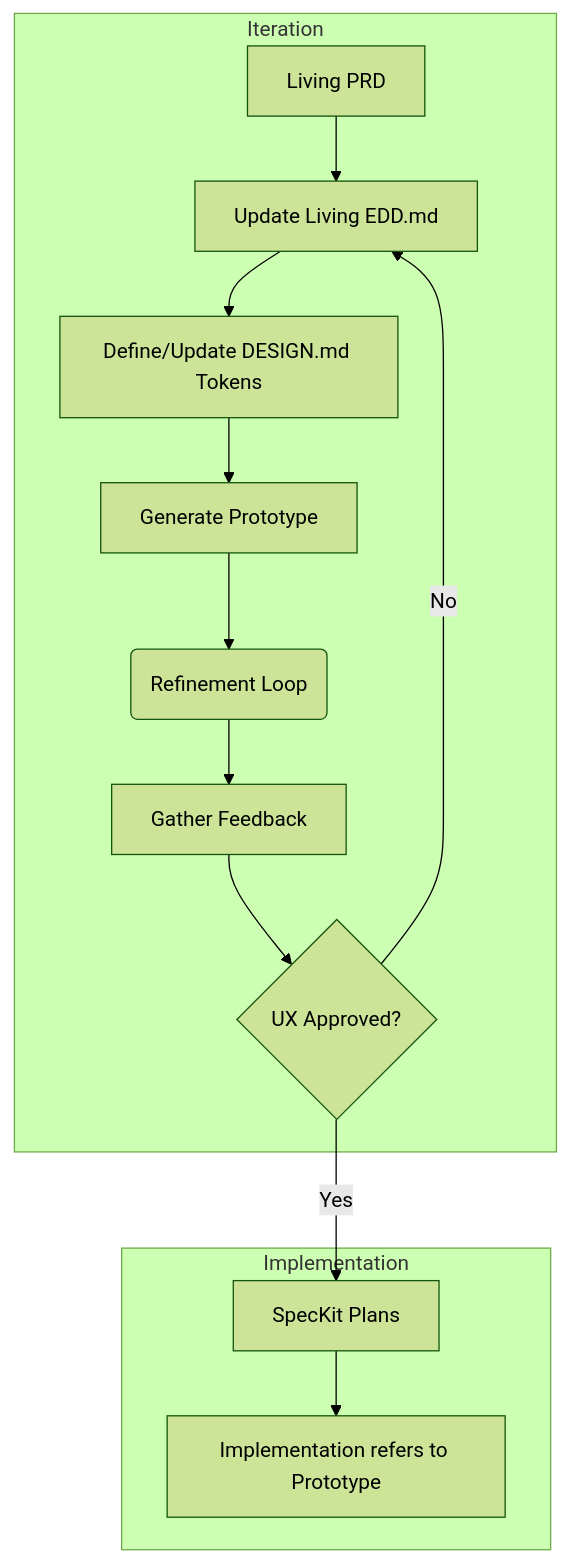
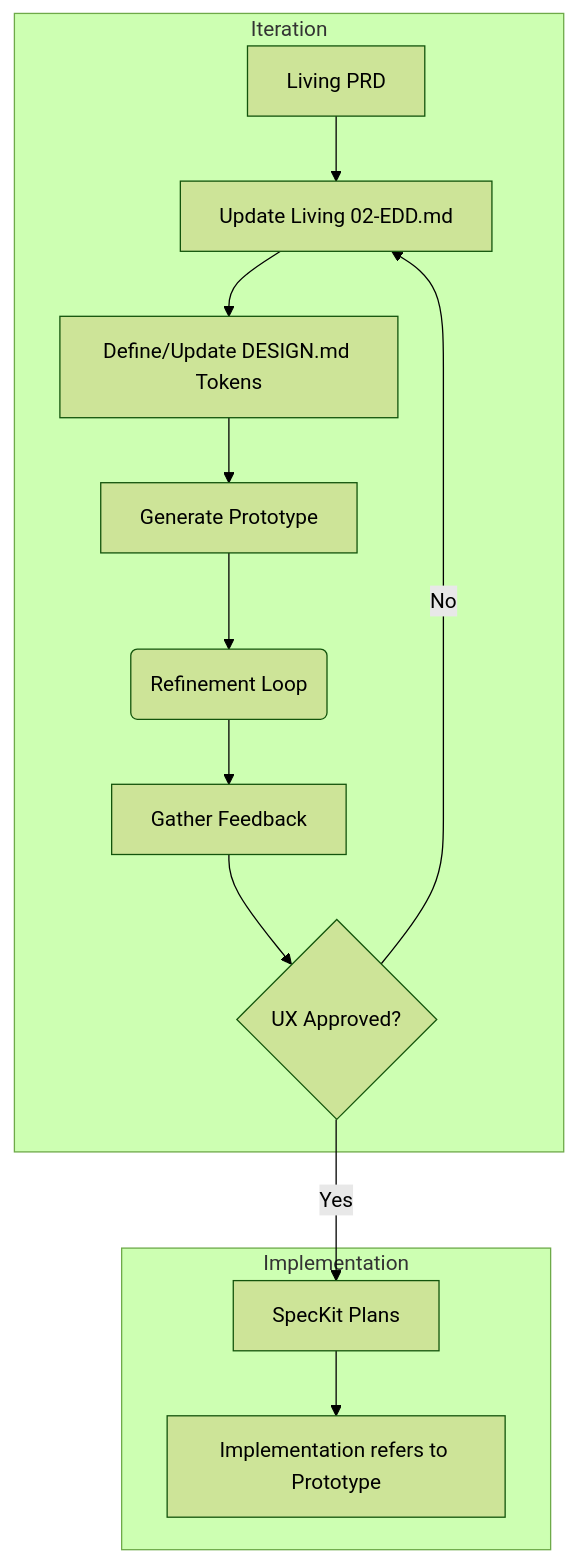
The diagram in .021-updates/ux-workflow-audit.md (billdingwall/zero-two-one), drawn with Mermaid (forest theme) before and after one commit. The commit also changed other lines of this file and 31 other files, not shown here.

````diff
--- a/.021-updates/ux-workflow-audit.md
+++ b/.021-updates/ux-workflow-audit.md
@@ -19,17 +19,17 @@
 ```mermaid
 flowchart TD
     subgraph Iteration
-        A[Living PRD] --> B[Update Living EDD.md]
+        A[Living PRD] --> B[Update Living 02-EDD.md]
         B --> C[Define/Update DESIGN.md Tokens]
         C --> D[Generate Prototype]
         D --> E(Refinement Loop)
         E --> F[Gather Feedback]
         F --> G{UX Approved?}
         G -- No --> B
     end
     
     subgraph Implementation
         G -- Yes --> H[SpecKit Plans]
         H --> I[Implementation refers to Prototype]
     end
 ```
````
